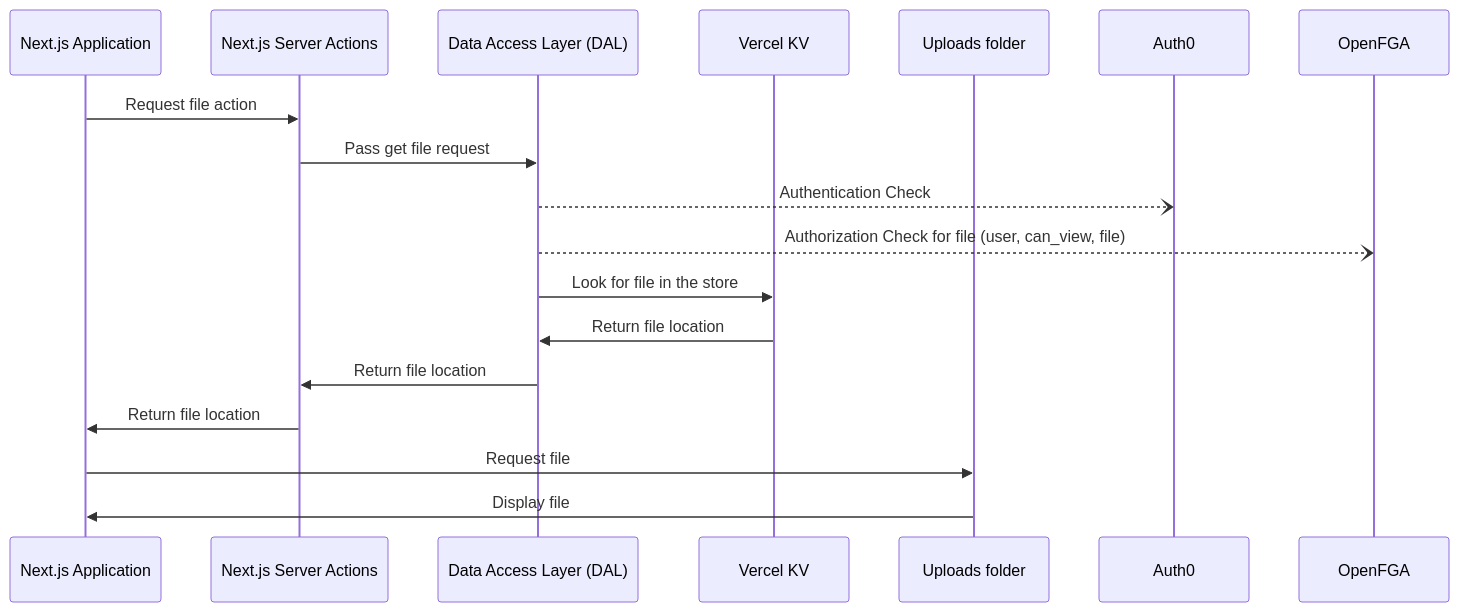
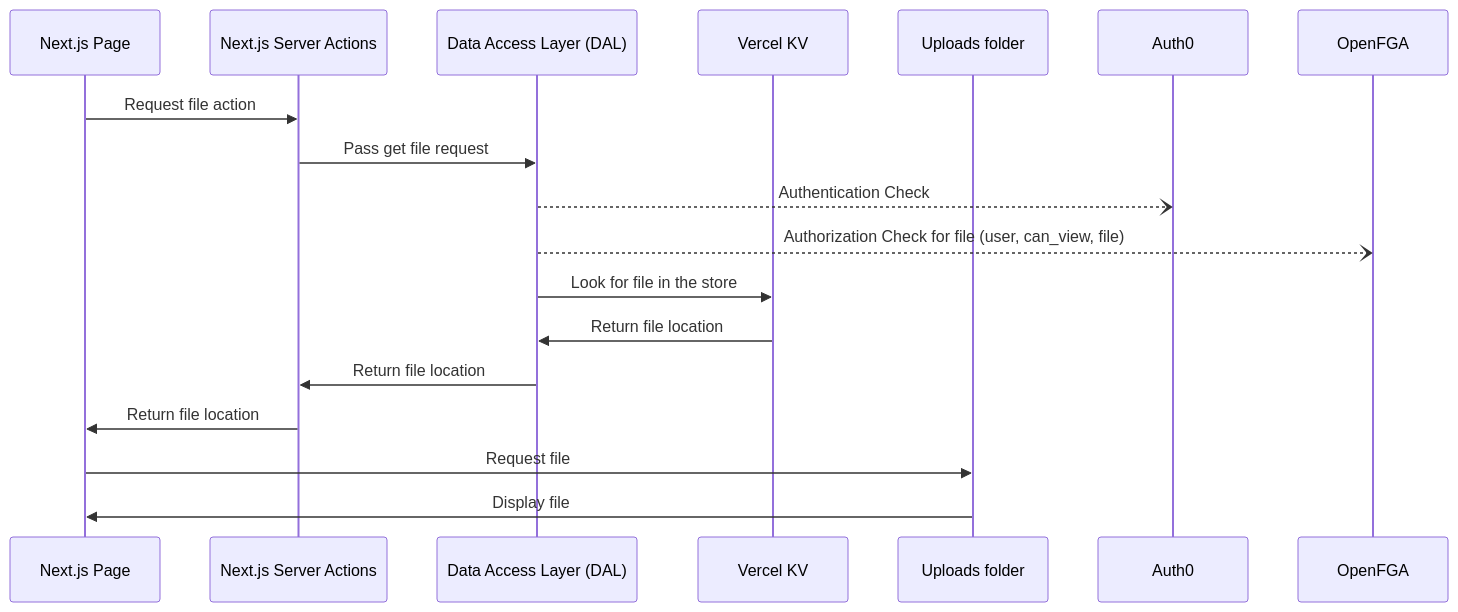
One commit to oktadev/fga-drive-example changed the first of 8 diagrams in README.md. Above: the diagram before and after it, drawn with Mermaid. The commit also changed other lines of this file, not shown here.

Commit message:
Fix architecture schemas in the readme

````diff
--- a/README.md
+++ b/README.md
@@ -194,20 +194,20 @@
 ```mermaid
 sequenceDiagram;
-  participant Next.js Application
+  participant Next.js Page
   participant Next.js Server Actions
   participant Data Access Layer (DAL)
   participant Vercel KV
   participant Uploads folder
   participant Auth0
   participant OpenFGA
-  Next.js Application->>Next.js Server Actions: Request file action
+  Next.js Page->>Next.js Server Actions: Request file action
   Next.js Server Actions->>Data Access Layer (DAL): Pass get file request
   Data Access Layer (DAL)--)Auth0: Authentication Check
   Data Access Layer (DAL)--)OpenFGA: Authorization Check for file (user, can_view, file)
   Data Access Layer (DAL)->>Vercel KV: Look for file in the store
   Vercel KV->>Data Access Layer (DAL): Return file location
   Data Access Layer (DAL)->>Next.js Server Actions: Return file location
-  Next.js Server Actions->>Next.js Application: Return file location
-  Next.js Application->>Uploads folder: Request file
-  Uploads folder->>Next.js Application: Display file
+  Next.js Server Actions->>Next.js Page: Return file location
+  Next.js Page->>Uploads folder: Request file
+  Uploads folder->>Next.js Page: Display file
 ```
````
